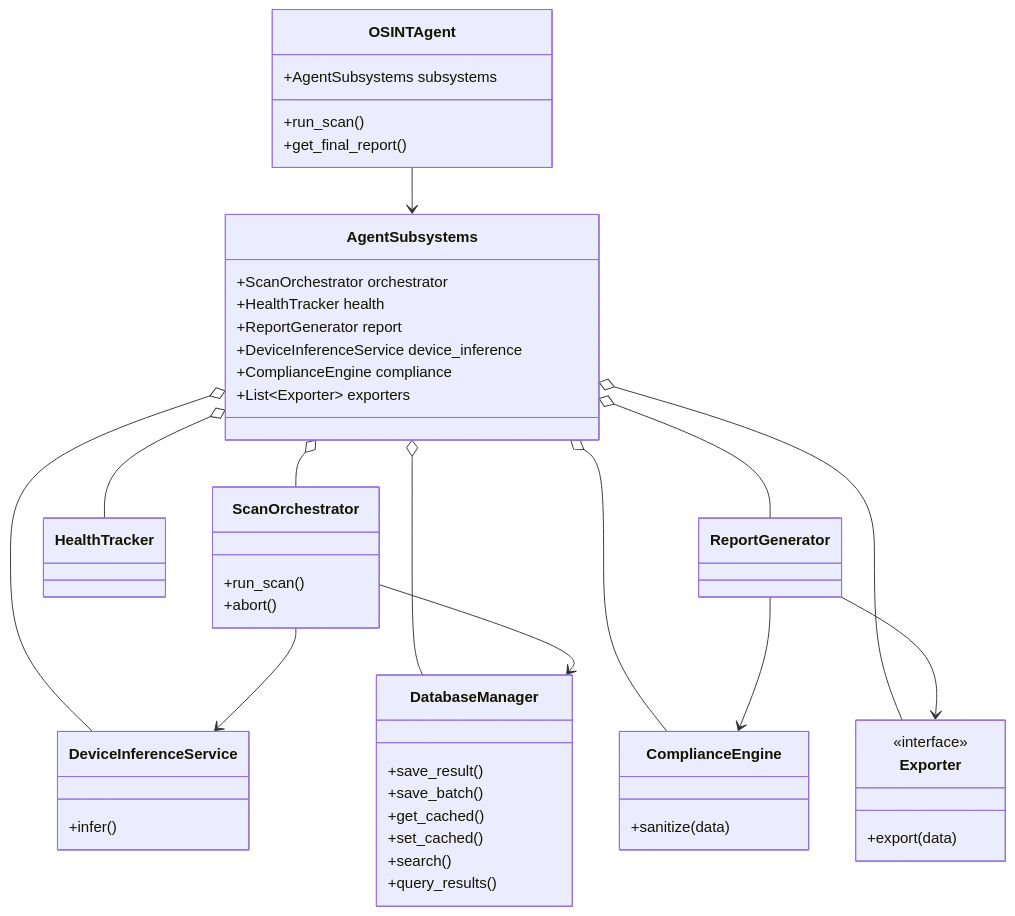
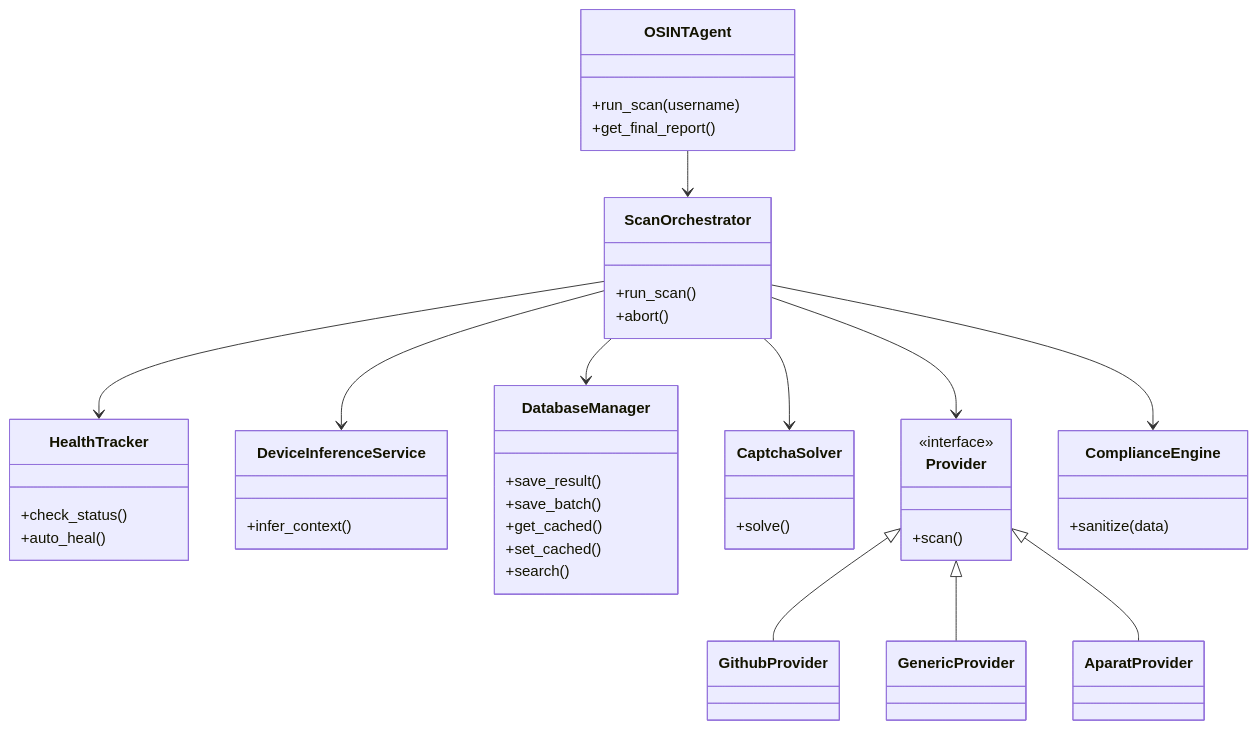
The diagram in docs/structure.mmd (FJ-cyberzilla/osint-nexus), drawn with Mermaid before and after one commit. The commit also changed 3 other files, not shown here.

```diff
--- a/docs/structure.mmd
+++ b/docs/structure.mmd
@@ -1,55 +1,58 @@
 classDiagram
+    direction TB
+    %% Branded Component Map
+    %% Author: FJ-cyberzilla
+    %% Org: FJ™ Cybertronic Systems
+    
     class OSINTAgent {
-        +AgentSubsystems subsystems
-        +run_scan()
+
+        +run_scan(username)
         +get_final_report()
-    }
-    
-    class AgentSubsystems {
-        +ScanOrchestrator orchestrator
-        +HealthTracker health
-        +ReportGenerator report
-        +DeviceInferenceService device_inference
-        +ComplianceEngine compliance
-        +List~Exporter~ exporters
     }
     
     class ScanOrchestrator {
         +run_scan()
         +abort()
     }
     
+    class HealthTracker {
+        +check_status()
+        +auto_heal()
+    }
+    
     class DeviceInferenceService {
-        +infer()
+        +infer_context()
     }
-
+    
     class DatabaseManager {
         +save_result()
         +save_batch()
         +get_cached()
         +set_cached()
         +search()
-        +query_results()
+    }
+    
+    class CaptchaSolver {
+        +solve()
+    }
+    
+    class Provider {
+        <<interface>>
+        +scan()
     }
 
     class ComplianceEngine {
         +sanitize(data)
     }
 
-    class Exporter {
-        <<interface>>
-        +export(data)
-    }
-    
-    OSINTAgent --> AgentSubsystems
-    AgentSubsystems o-- ScanOrchestrator
-    AgentSubsystems o-- HealthTracker
-    AgentSubsystems o-- ReportGenerator
-    AgentSubsystems o-- DeviceInferenceService
-    AgentSubsystems o-- DatabaseManager
-    AgentSubsystems o-- ComplianceEngine
-    AgentSubsystems o-- Exporter
+    OSINTAgent --> ScanOrchestrator
+    ScanOrchestrator --> HealthTracker
     ScanOrchestrator --> DeviceInferenceService
     ScanOrchestrator --> DatabaseManager
-    ReportGenerator --> ComplianceEngine
-    ReportGenerator --> Exporter
+    ScanOrchestrator --> CaptchaSolver
+    ScanOrchestrator --> Provider
+    ScanOrchestrator --> ComplianceEngine
+    
+    Provider <|-- GithubProvider
+    Provider <|-- GenericProvider
+    Provider <|-- AparatProvider
```
